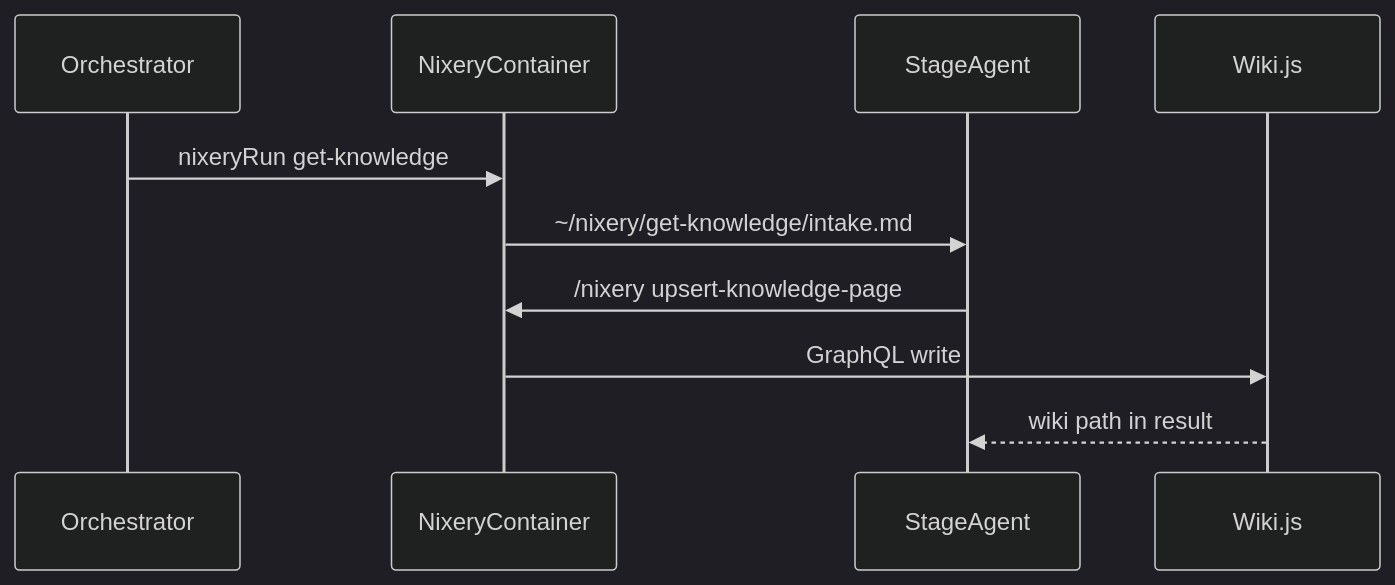
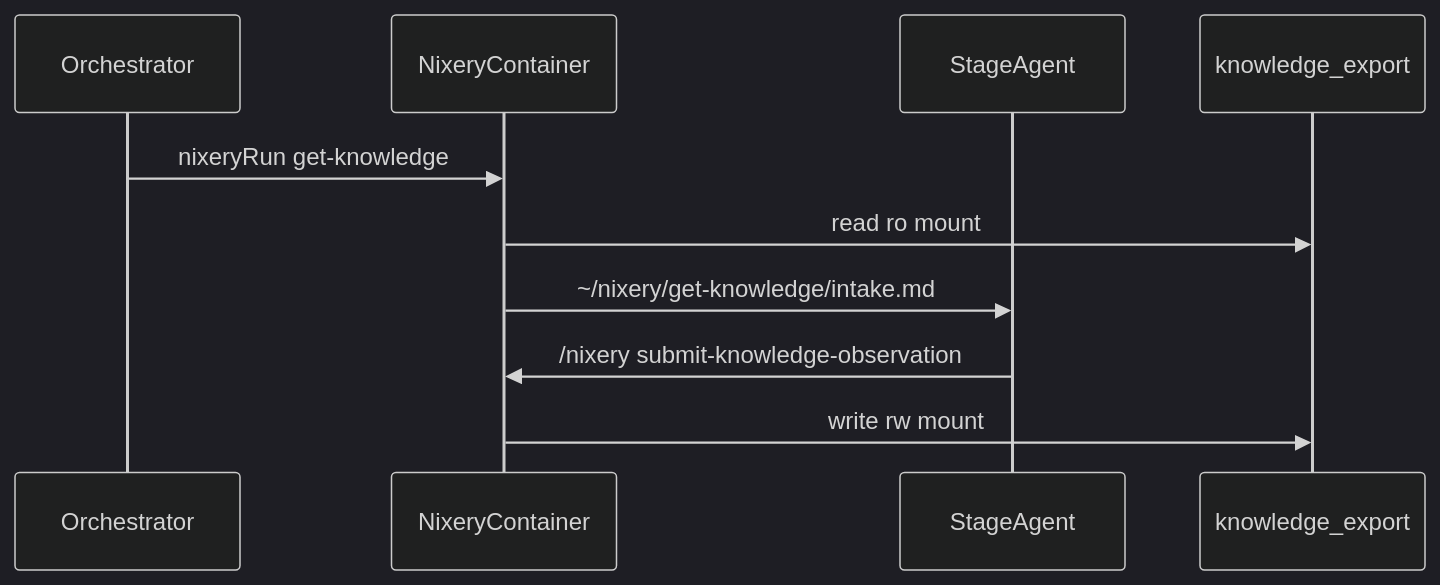
Before and after one commit to Zay-Dev/project-yahl: the diagram in handbook/security.md, drawn with Mermaid (dark theme). The commit also changed other lines of this file and 38 other files, not shown here.

````diff
--- a/handbook/security.md
+++ b/handbook/security.md
@@ -5,13 +5,13 @@
 ```mermaid
 sequenceDiagram
   participant Orch as Orchestrator
   participant Nix as NixeryContainer
   participant Agent as StageAgent
-  participant Wiki as Wiki.js
+  participant Corpus as knowledge_export
 
   Orch->>Nix: nixeryRun get-knowledge
+  Nix->>Corpus: read ro mount
   Nix->>Agent: ~/nixery/get-knowledge/intake.md
-  Agent->>Nix: /nixery upsert-knowledge-page
-  Nix->>Wiki: GraphQL write
-  Wiki-->>Agent: wiki path in result
+  Agent->>Nix: /nixery submit-knowledge-observation
+  Nix->>Corpus: write rw mount
 ```
````
